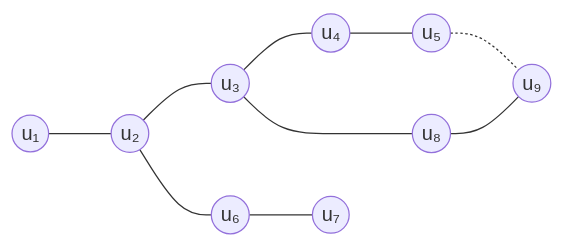
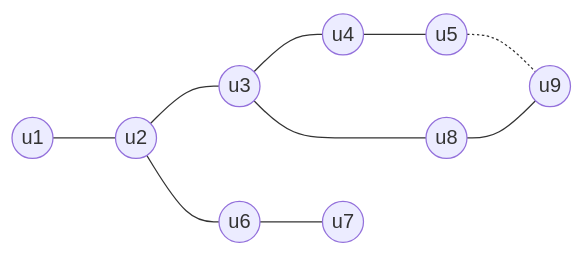
Before and after one commit to Choroning/25Fall_Discrete-Mathematics: the third of 3 diagrams in Coursework/HW11_Graphs-Isomorphism-and-Trees/Assignment-Explanation.ko.md, drawn with Mermaid. The commit also changed other lines of this file and 37 other files, not shown here.

````diff
--- a/Coursework/HW11_Graphs-Isomorphism-and-Trees/Assignment-Explanation.ko.md
+++ b/Coursework/HW11_Graphs-Isomorphism-and-Trees/Assignment-Explanation.ko.md
@@ -372,12 +372,12 @@
 ```mermaid
 graph LR
-    u1((u₁)) --- u2((u₂))
-    u2 --- u3((u₃))
-    u3 --- u4((u₄))
-    u4 --- u5((u₅))
-    u2 --- u6((u₆))
-    u6 --- u7((u₇))
-    u3 --- u8((u₈))
-    u8 --- u9((u₉))
+    u1((u1)) --- u2((u2))
+    u2 --- u3((u3))
+    u3 --- u4((u4))
+    u4 --- u5((u5))
+    u2 --- u6((u6))
+    u6 --- u7((u7))
+    u3 --- u8((u8))
+    u8 --- u9((u9))
     u5 -.- u9
 ```
````
